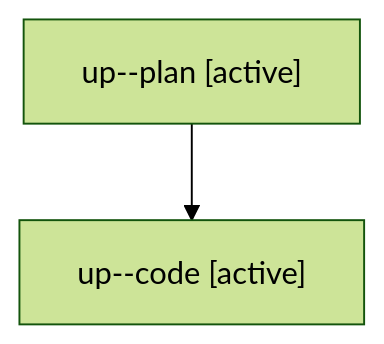
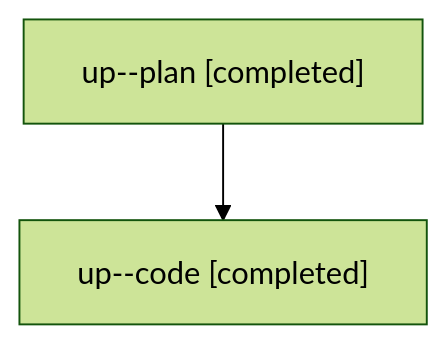
One commit to sase-org/sase--agents changed the diagram in families/bbugyi200.athena.up.md. Above: the diagram before and after it, drawn with Mermaid (forest theme). The commit also changed other lines of this file and 56 other files, not shown here.

````diff
--- a/families/bbugyi200.athena.up.md
+++ b/families/bbugyi200.athena.up.md
@@ -9,6 +9,6 @@
 ```mermaid
 flowchart TD
-  n0["up--plan [active]"]
-  n1["up--code [active]"]
+  n0["up--plan [completed]"]
+  n1["up--code [completed]"]
   n0 --> n1
 ```
````
